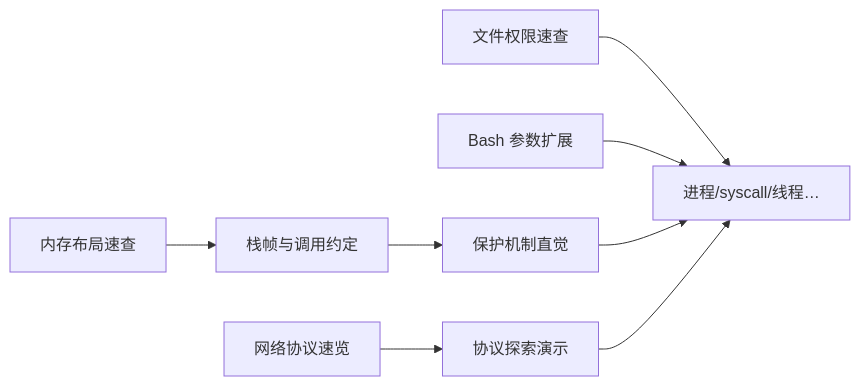
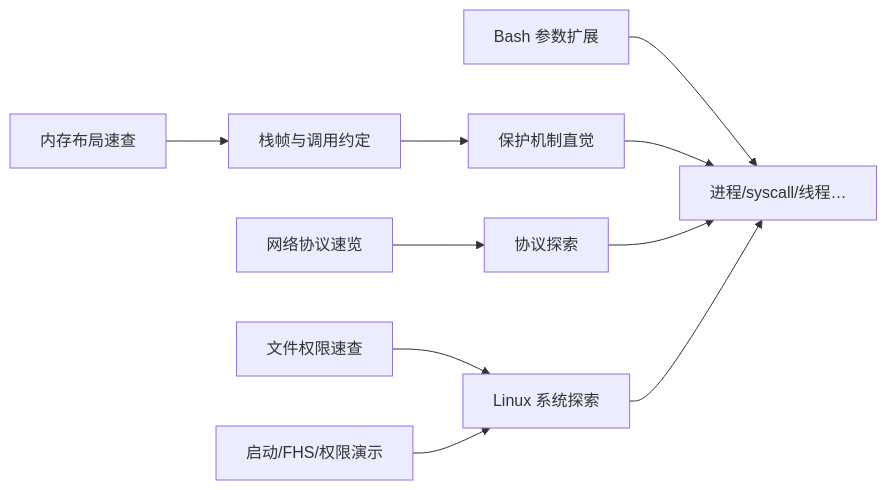
One commit to yushun-feng/anonymous-fys changed the diagram in notes/linux/00-roadmap.md. Above: the diagram before and after it, drawn with Mermaid. The commit also changed other lines of this file and 8 other files, not shown here.

First line of the commit message:
Add Linux systems explorer for boot, FHS, and permissions

````diff
--- a/notes/linux/00-roadmap.md
+++ b/notes/linux/00-roadmap.md
@@ -17,10 +17,12 @@
 ```mermaid
 flowchart LR
   M[内存布局速查] --> S[栈帧与调用约定]
   S --> P[保护机制直觉]
-  Perm[文件权限速查] --> Later
+  Perm[文件权限速查] --> SysEx[Linux 系统探索]
   Bash[Bash 参数扩展] --> Later
-  Net[网络协议速览] --> Proto[协议探索演示]
+  Net[网络协议速览] --> Proto[协议探索]
+  Boot[启动/FHS/权限演示] --> SysEx
   P --> Later[进程/syscall/线程…]
   Proto --> Later
+  SysEx --> Later
 ```
````
